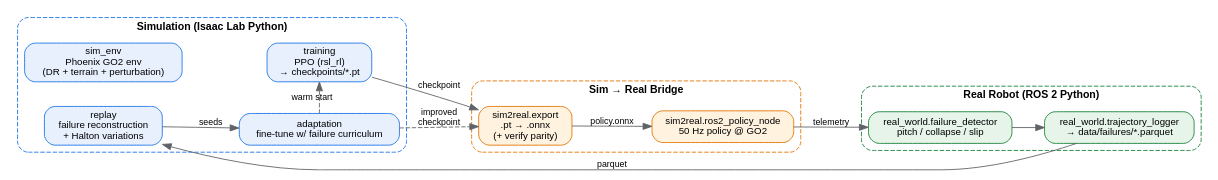
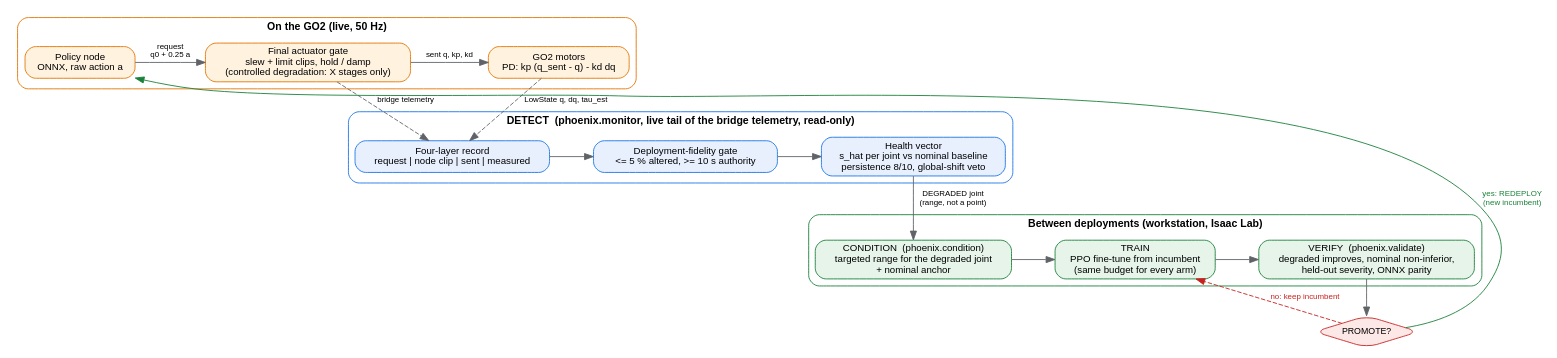
One commit to yusufdxb/go2-phoenix changed the diagram in docs/architecture.dot. Above: the diagram before and after it, drawn with Graphviz. The commit also changed 42 other files, not shown here.

```diff
--- a/docs/architecture.dot
+++ b/docs/architecture.dot
@@ -1,56 +1,52 @@
-// Phoenix closed-loop architecture. Render:
+// Phoenix v2 architecture. Render:
 //   dot -Tsvg docs/architecture.dot -o docs/architecture.svg
 digraph phoenix {
-    rankdir=LR;
+    rankdir=TB; nodesep=0.35; ranksep=0.45;
     bgcolor="white";
-    node [shape=box, style="rounded,filled", fontname="Helvetica", fontsize=11, fillcolor="#E8F0FE", color="#1A73E8"];
-    edge [fontname="Helvetica", fontsize=10, color="#5F6368"];
+    newrank=true;
+    node [shape=box, style="rounded,filled", fontname="Helvetica", fontsize=11, color="#3C4043", fillcolor="#F1F3F4"];
+    edge [fontname="Helvetica", fontsize=9, color="#5F6368"];
+
+    subgraph cluster_robot {
+        label="On the GO2 (live, 50 Hz)";
+        style="rounded"; color="#E37400"; fontname="Helvetica-Bold"; fontsize=12;
+        node [fillcolor="#FFF3E0", color="#E37400"];
+        policy  [label="Policy node\nONNX, raw action a"];
+        gate    [label="Final actuator gate\nslew + limit clips, hold / damp\n(controlled degradation: X stages only)"];
+        motors  [label="GO2 motors\nPD: kp (q_sent - q) - kd dq"];
+        policy -> gate  [label="request\nq0 + 0.25 a"];
+        gate   -> motors [label="sent q, kp, kd"];
+    }
+
+    subgraph cluster_monitor {
+        label="DETECT  (phoenix.monitor, live tail of the bridge telemetry, read-only)";
+        style="rounded"; color="#1A73E8"; fontname="Helvetica-Bold"; fontsize=12;
+        node [fillcolor="#E8F0FE", color="#1A73E8"];
+        layers  [label="Four-layer record\nrequest | node clip | sent | measured"];
+        fidel   [label="Deployment-fidelity gate\n<= 5 % altered, >= 10 s authority"];
+        health  [label="Health vector\ns_hat per joint vs nominal baseline\npersistence 8/10, global-shift veto"];
+        layers -> fidel -> health;
+    }
 
     subgraph cluster_sim {
-        label="Simulation (Isaac Lab Python)";
-        style="rounded,dashed";
-        color="#1A73E8";
-        fontsize=12;
-        fontname="Helvetica-Bold";
-
-        sim_env   [label="sim_env\nPhoenix GO2 env\n(DR + terrain + perturbation)"];
-        training  [label="training\nPPO (rsl_rl)\n→ checkpoints/*.pt"];
-        replay    [label="replay\nfailure reconstruction\n+ Halton variations"];
-        adapt     [label="adaptation\nfine-tune w/ failure curriculum"];
+        label="Between deployments (workstation, Isaac Lab)";
+        style="rounded"; color="#188038"; fontname="Helvetica-Bold"; fontsize=12;
+        node [fillcolor="#E6F4EA", color="#188038"];
+        cond    [label="CONDITION  (phoenix.condition)\ntargeted range for the degraded joint\n+ nominal anchor"];
+        train   [label="TRAIN\nPPO fine-tune from incumbent\n(same budget for every arm)"];
+        verify  [label="VERIFY  (phoenix.validate)\ndegraded improves, nominal non-inferior,\nheld-out severity, ONNX parity"];
+        cond -> train -> verify;
     }
 
-    subgraph cluster_bridge {
-        label="Sim → Real Bridge";
-        style="rounded,dashed";
-        color="#E37400";
-        fontsize=12;
-        fontname="Helvetica-Bold";
-        node [fillcolor="#FFF3E0", color="#E37400"];
+    promote [shape=diamond, label="PROMOTE?", fillcolor="#FCE8E6", color="#C5221F", fontsize=10];
 
-        export    [label="sim2real.export\n.pt → .onnx\n(+ verify parity)"];
-        ros_node  [label="sim2real.ros2_policy_node\n50 Hz policy @ GO2"];
-    }
-
-    subgraph cluster_real {
-        label="Real Robot (ROS 2 Python)";
-        style="rounded,dashed";
-        color="#188038";
-        fontsize=12;
-        fontname="Helvetica-Bold";
-        node [fillcolor="#E6F4EA", color="#188038"];
-
-        detect    [label="real_world.failure_detector\npitch / collapse / slip"];
-        log       [label="real_world.trajectory_logger\n→ data/failures/*.parquet"];
-    }
-
-    training -> export [label="checkpoint"];
-    export -> ros_node [label="policy.onnx"];
-    ros_node -> detect [label="telemetry"];
-    detect -> log;
-    log -> replay [label="parquet"];
-    replay -> adapt [label="seeds"];
-    adapt -> training [label="warm start", style="dashed", constraint=false];
-    adapt -> export  [label="improved\ncheckpoint", style="dashed"];
-
-    sim_env -> training [style=invis];
+    motors -> layers  [label="LowState q, dq, tau_est", style=dashed];
+    gate   -> layers  [label="bridge telemetry", style=dashed];
+    health -> cond    [label="DEGRADED joint\n(range, not a point)"];
+    verify -> promote;
+    promote -> policy [label="yes: REDEPLOY\n(new incumbent)", color="#188038", fontcolor="#188038", constraint=false];
+    promote -> train  [label="no: keep incumbent", color="#C5221F", fontcolor="#C5221F", style=dashed, constraint=false];
+    { rank=same; policy; gate; motors; }
+    { rank=same; layers; fidel; health; }
+    { rank=same; cond; train; verify; }
 }
```
